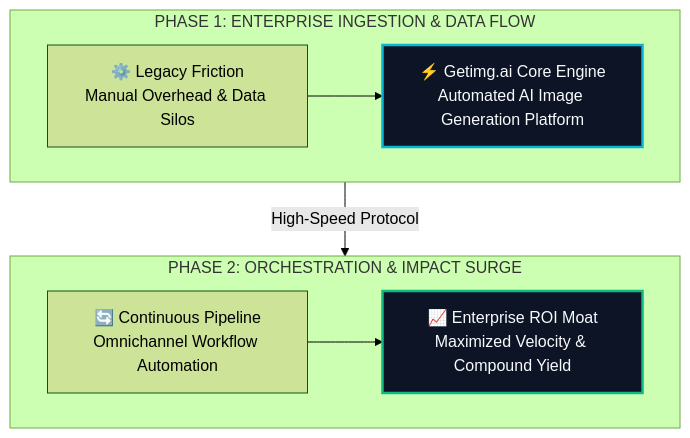
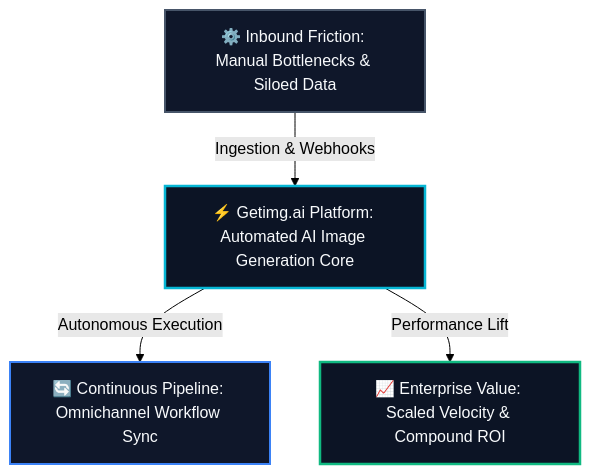
One commit to heliatech-media/saas-radar changed the diagram in site/src/content/blog/getimg-ai-evolution-guide-2026.md. Above: the diagram before and after it, drawn with Mermaid (forest theme). The commit also changed 93 other files, not shown here.

First line of the commit message:
fix(diagrams): resolve dagre-d3 subgraph collision by migrating to balanced 3-tier Hub & Spoke architecture

````diff
--- a/site/src/content/blog/getimg-ai-evolution-guide-2026.md
+++ b/site/src/content/blog/getimg-ai-evolution-guide-2026.md
@@ -47,14 +47,14 @@
 ```mermaid
 flowchart TD
-    subgraph S1["PHASE 1: ENTERPRISE INGESTION & DATA FLOW"]
-        direction LR
-        A["⚙️ Legacy Friction<br/>Manual Overhead & Data Silos"] --> B["⚡ Getimg.ai Core Engine<br/>Automated AI Image Generation Platform"]
-    end
-    subgraph S2["PHASE 2: ORCHESTRATION & IMPACT SURGE"]
-        direction LR
-        C["🔄 Continuous Pipeline<br/>Omnichannel Workflow Automation"] --> D["📈 Enterprise ROI Moat<br/>Maximized Velocity & Compound Yield"]
-    end
-    S1 -->|High-Speed Protocol| S2
-    style B fill:#0c1425,stroke:#06b6d4,stroke-width:2.5px,color:#f8fafc
-    style D fill:#0c1425,stroke:#10b981,stroke-width:2.5px,color:#f8fafc
+    Inp["⚙️ Inbound Friction: Manual Bottlenecks & Siloed Data"]
+    Eng["⚡ Getimg.ai Platform: Automated AI Image Generation Core"]
+    Out1["🔄 Continuous Pipeline: Omnichannel Workflow Sync"]
+    Out2["📈 Enterprise Value: Scaled Velocity & Compound ROI"]
+    Inp -->|Ingestion & Webhooks| Eng
+    Eng -->|Autonomous Execution| Out1
+    Eng -->|Performance Lift| Out2
+    style Inp fill:#0f172a,stroke:#475569,stroke-width:2px,color:#f8fafc
+    style Eng fill:#0c1425,stroke:#06b6d4,stroke-width:2.5px,color:#f8fafc
+    style Out1 fill:#0f172a,stroke:#3b82f6,stroke-width:2px,color:#f8fafc
+    style Out2 fill:#0c1425,stroke:#10b981,stroke-width:2.5px,color:#f8fafc
 ```
````
